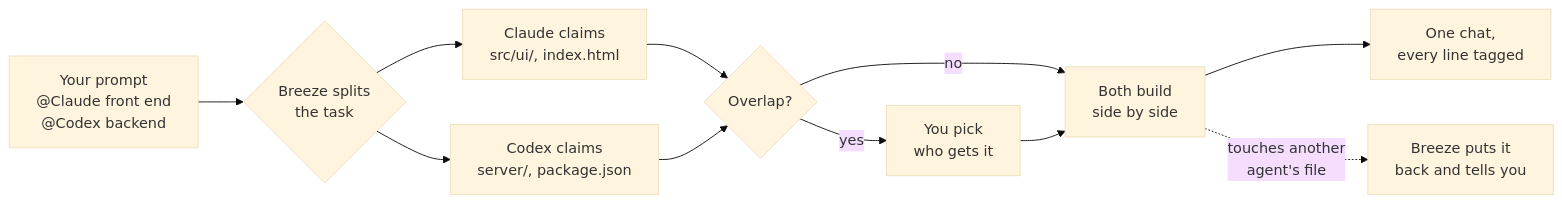
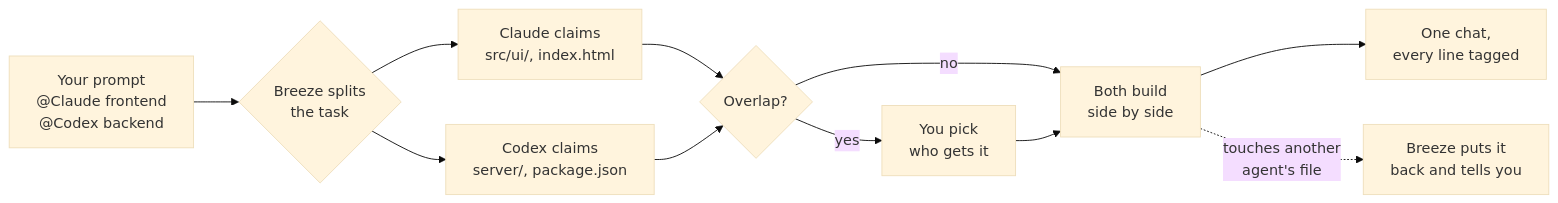
The first of 2 diagrams in README.md (itsphatto/BreezeCode), drawn with Mermaid (base theme) before and after one commit. The commit also changed other lines of this file and 20 other files, not shown here.

````diff
--- a/README.md
+++ b/README.md
@@ -87,12 +87,12 @@
 ```mermaid
 flowchart LR
-    P["Your prompt<br/>@Claude front end<br/>@Codex backend"] --> S{"Breeze splits<br/>the task"}
+    P["Your prompt<br/>@Claude frontend<br/>@Codex backend"] --> S{"Breeze splits<br/>the task"}
     S --> C["Claude claims<br/>src/ui/, index.html"]
     S --> X["Codex claims<br/>server/, package.json"]
     C & X --> O{"Overlap?"}
     O -- "yes" --> Y["You pick<br/>who gets it"]
     O -- "no" --> B
     Y --> B["Both build<br/>side by side"]
     B --> L["One chat,<br/>every line tagged"]
     B -. "touches another<br/>agent's file" .-> G["Breeze puts it<br/>back and tells you"]
 ```
````
